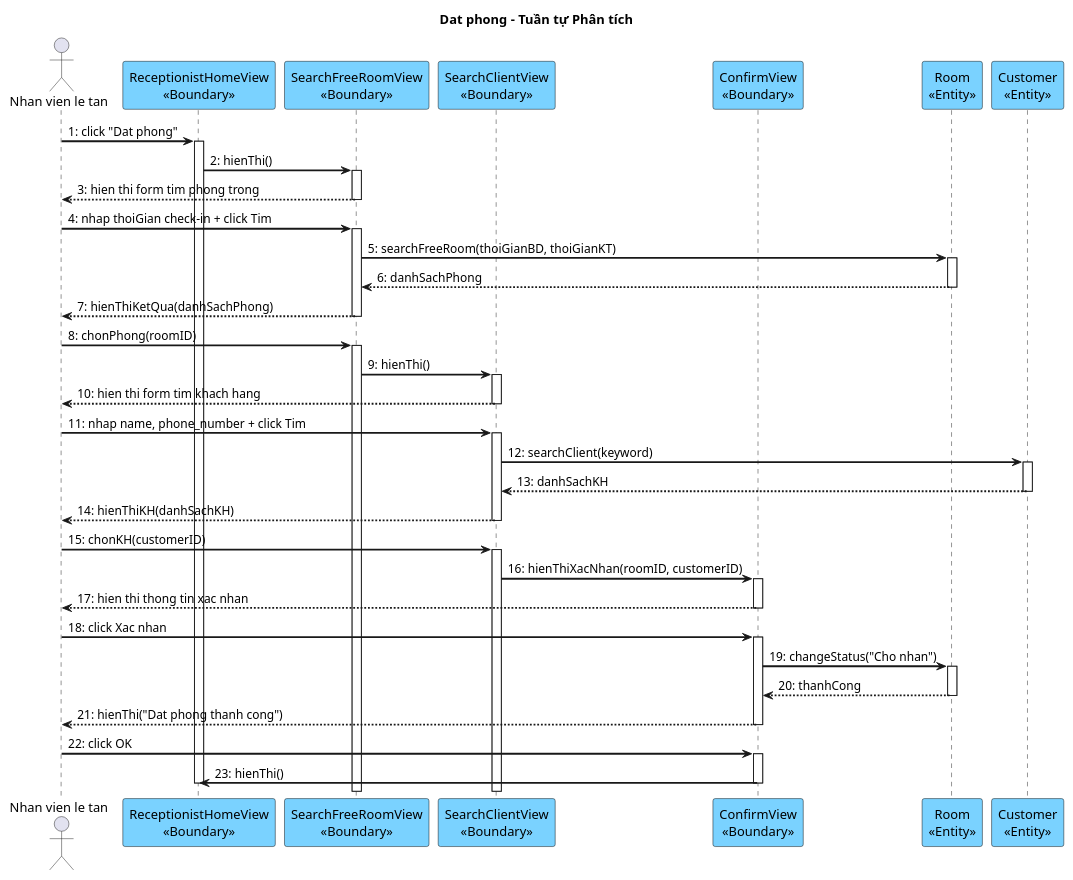
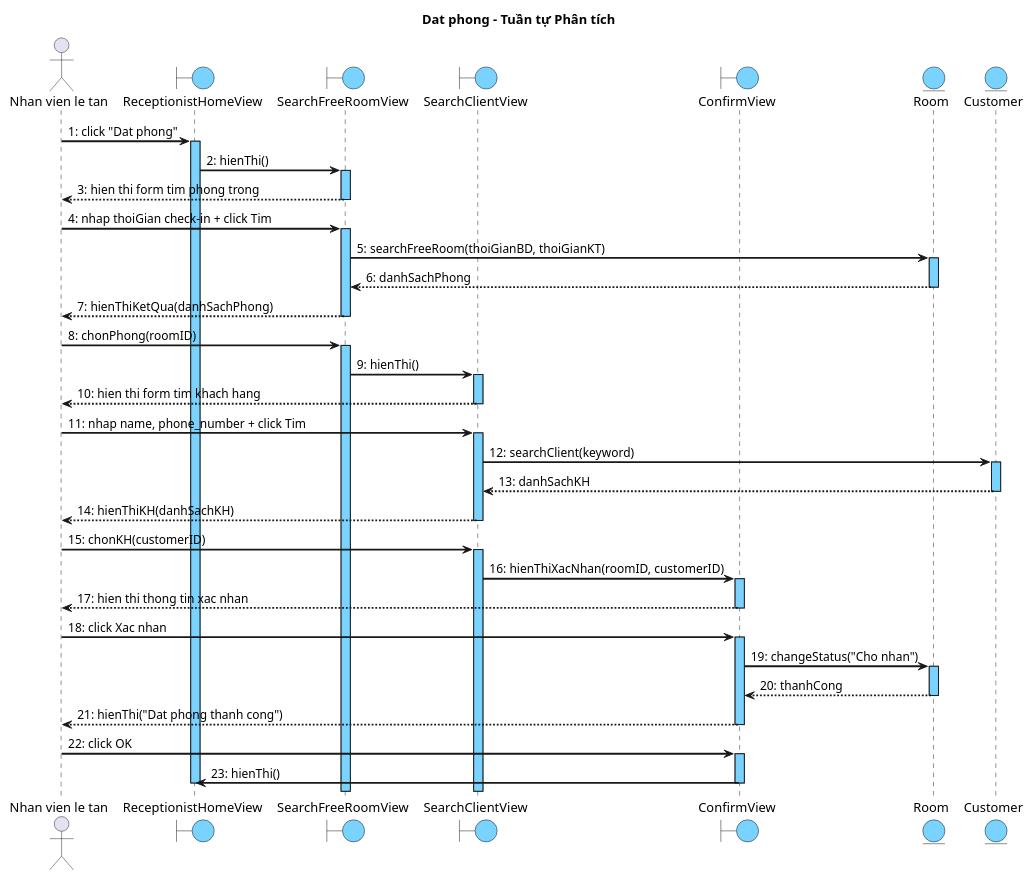
One commit to thanhtrnnn/cnpm changed the fifth of 8 diagrams in docs/tabs/section-booking-ii.3-2.4.md. Above: the diagram before and after it, drawn with PlantUML. The commit also changed other lines of this file and 10 other files, not shown here.

First line of the commit message:
fix: sequence diagrams - blue activation bars + boundary/entity circle symbols

````diff
--- a/docs/tabs/section-booking-ii.3-2.4.md
+++ b/docs/tabs/section-booking-ii.3-2.4.md
@@ -323,77 +323,78 @@
 ```plantuml
 @startuml
 skinparam shadowing false
 skinparam SequenceMessageAlign left
 skinparam SequenceArrowThickness 2
+skinparam SequenceLifeLineBackgroundColor #7AD2FF
 skinparam ParticipantBackgroundColor #7AD2FF
 skinparam ParticipantBorderColor black
 skinparam BoundaryBackgroundColor #7AD2FF
 skinparam BoundaryBorderColor black
 skinparam EntityBackgroundColor #7AD2FF
 skinparam EntityBorderColor black
 
 title Dat phong – Tuần tự Phân tích
 
 actor "Nhan vien le tan" as NV
-participant "ReceptionistHomeView\n<<Boundary>>" as Home
-participant "SearchFreeRoomView\n<<Boundary>>" as SRF
-participant "SearchClientView\n<<Boundary>>" as SCF
-participant "ConfirmView\n<<Boundary>>" as CV
-participant "Room\n<<Entity>>" as Room
-participant "Customer\n<<Entity>>" as Cust
+boundary "ReceptionistHomeView" as Home
+boundary "SearchFreeRoomView" as SRF
+boundary "SearchClientView" as SCF
+boundary "ConfirmView" as CV
+entity "Room" as Room
+entity "Customer" as Cust
 
 NV -> Home : 1: click "Dat phong"
 activate Home
 Home -> SRF : 2: hienThi()
 activate SRF
 SRF --> NV : 3: hien thi form tim phong trong
 deactivate SRF
 
 NV -> SRF : 4: nhap thoiGian check-in + click Tim
 activate SRF
 SRF -> Room : 5: searchFreeRoom(thoiGianBD, thoiGianKT)
 activate Room
 Room --> SRF : 6: danhSachPhong
 deactivate Room
 SRF --> NV : 7: hienThiKetQua(danhSachPhong)
 deactivate SRF
 
 NV -> SRF : 8: chonPhong(roomID)
 activate SRF
 SRF -> SCF : 9: hienThi()
 activate SCF
 SCF --> NV : 10: hien thi form tim khach hang
 deactivate SCF
 
 NV -> SCF : 11: nhap name, phone_number + click Tim
 activate SCF
 SCF -> Cust : 12: searchClient(keyword)
 activate Cust
 Cust --> SCF : 13: danhSachKH
 deactivate Cust
 SCF --> NV : 14: hienThiKH(danhSachKH)
 deactivate SCF
 
 NV -> SCF : 15: chonKH(customerID)
 activate SCF
 SCF -> CV : 16: hienThiXacNhan(roomID, customerID)
 activate CV
 CV --> NV : 17: hien thi thong tin xac nhan
 deactivate CV
 
 NV -> CV : 18: click Xac nhan
 activate CV
 CV -> Room : 19: changeStatus("Cho nhan")
 activate Room
 Room --> CV : 20: thanhCong
 deactivate Room
 CV --> NV : 21: hienThi("Dat phong thanh cong")
 deactivate CV
 
 NV -> CV : 22: click OK
 activate CV
 CV -> Home : 23: hienThi()
 deactivate CV
 deactivate Home
 @enduml
 ```
````
